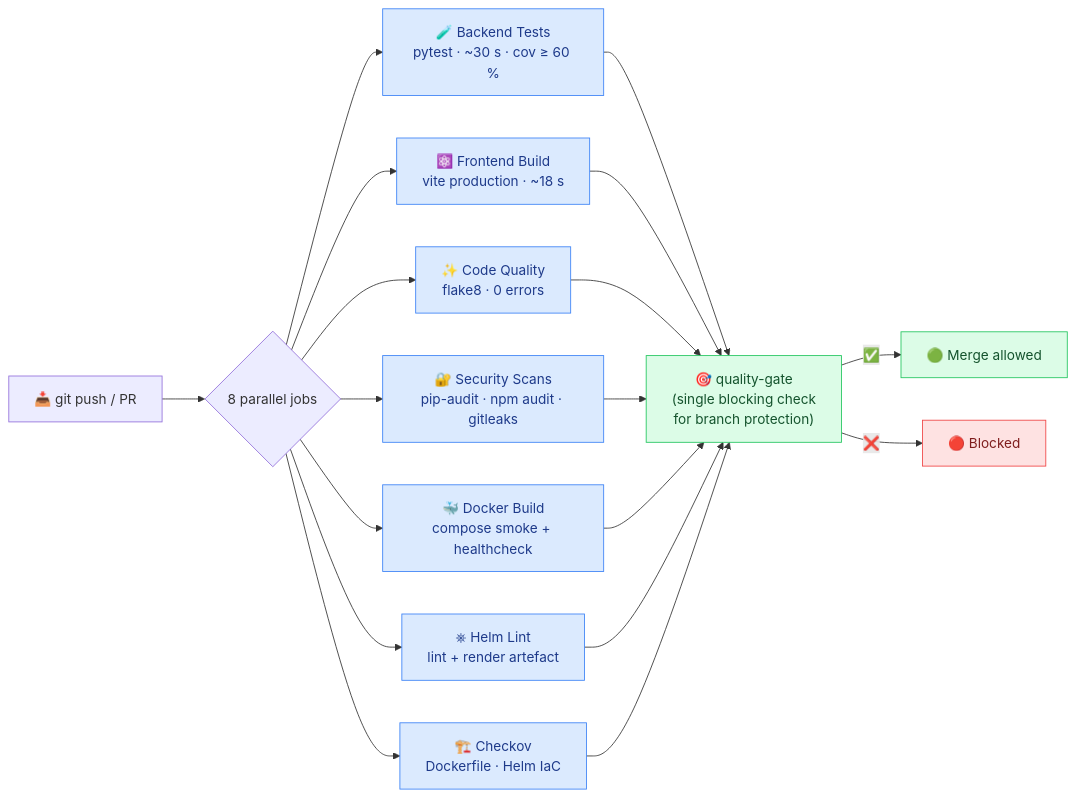
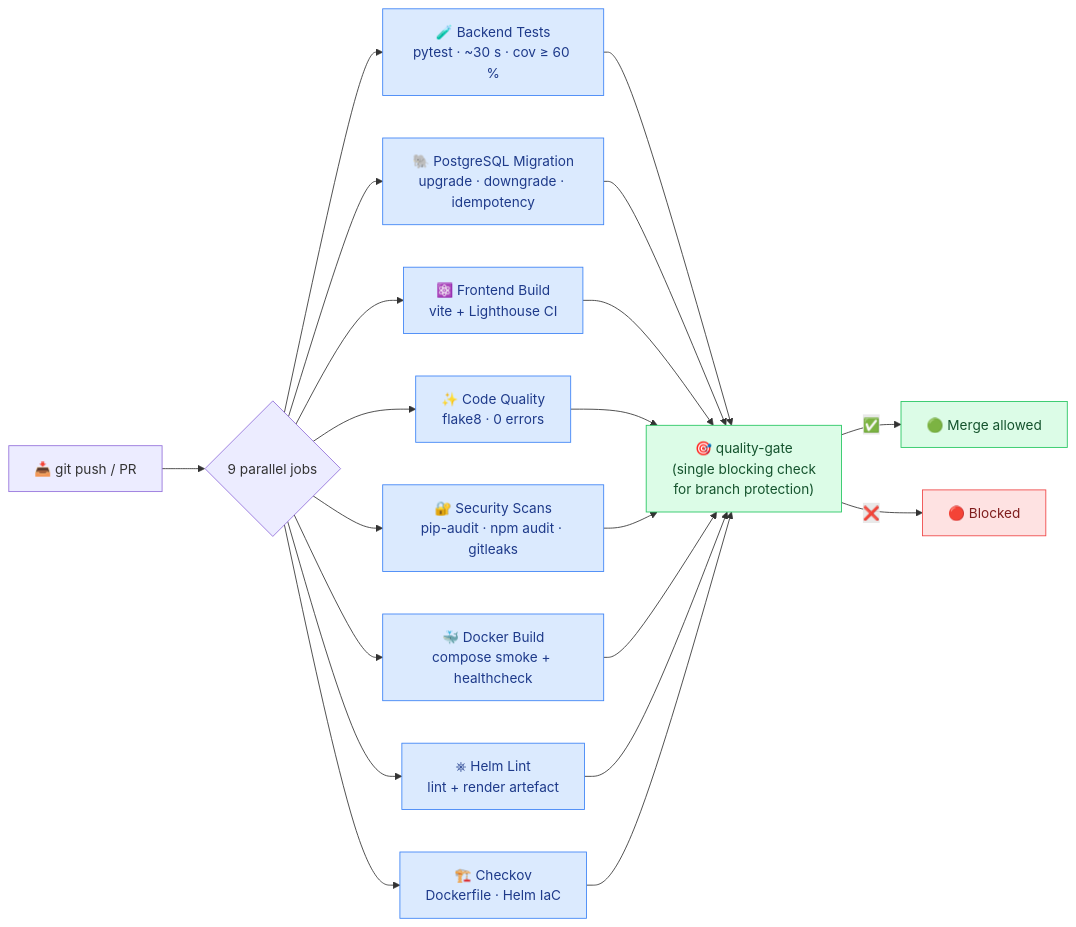
Diagram 16 of 19 in README.md (omarbabba779xx/CyberTwin-SOC), drawn with Mermaid before and after one commit. The commit also changed other lines of this file and 1 other file, not shown here.

First line of the commit message:
docs(v3.1.1): align README + CHANGELOG with pkg A/B/C, refresh GitHub About

````diff
--- a/README.md
+++ b/README.md
@@ -952,23 +1018,24 @@
 ```mermaid
 flowchart LR
-    PUSH["📥 git push / PR"] --> JOBS{8 parallel jobs}
+    PUSH["📥 git push / PR"] --> JOBS{9 parallel jobs}
 
     JOBS --> J1["🧪 Backend Tests<br/>pytest · ~30 s · cov ≥ 60 %"]
-    JOBS --> J2["⚛️ Frontend Build<br/>vite production · ~18 s"]
-    JOBS --> J3["✨ Code Quality<br/>flake8 · 0 errors"]
-    JOBS --> J4["🔐 Security Scans<br/>pip-audit · npm audit · gitleaks"]
-    JOBS --> J5["🐳 Docker Build<br/>compose smoke + healthcheck"]
-    JOBS --> J6["⎈ Helm Lint<br/>lint + render artefact"]
-    JOBS --> J7["🏗️ Checkov<br/>Dockerfile · Helm IaC"]
+    JOBS --> J2["🐘 PostgreSQL Migration<br/>upgrade · downgrade · idempotency"]
+    JOBS --> J3["⚛️ Frontend Build<br/>vite + Lighthouse CI"]
+    JOBS --> J4["✨ Code Quality<br/>flake8 · 0 errors"]
+    JOBS --> J5["🔐 Security Scans<br/>pip-audit · npm audit · gitleaks"]
+    JOBS --> J6["🐳 Docker Build<br/>compose smoke + healthcheck"]
+    JOBS --> J7["⎈ Helm Lint<br/>lint + render artefact"]
+    JOBS --> J8["🏗️ Checkov<br/>Dockerfile · Helm IaC"]
 
-    J1 & J2 & J3 & J4 & J5 & J6 & J7 --> QG["🎯 quality-gate<br/>(single blocking check<br/>for branch protection)"]
+    J1 & J2 & J3 & J4 & J5 & J6 & J7 & J8 --> QG["🎯 quality-gate<br/>(single blocking check<br/>for branch protection)"]
     QG -->|✅| MERGE["🟢 Merge allowed"]
     QG -->|❌| BLOCK["🔴 Blocked"]
 
     classDef job fill:#dbeafe,stroke:#3b82f6,color:#1e3a8a
     classDef pass fill:#dcfce7,stroke:#22c55e,color:#14532d
     classDef fail fill:#fee2e2,stroke:#ef4444,color:#7f1d1d
-    class J1,J2,J3,J4,J5,J6,J7 job
+    class J1,J2,J3,J4,J5,J6,J7,J8 job
     class QG,MERGE pass
     class BLOCK fail
 ```
````
